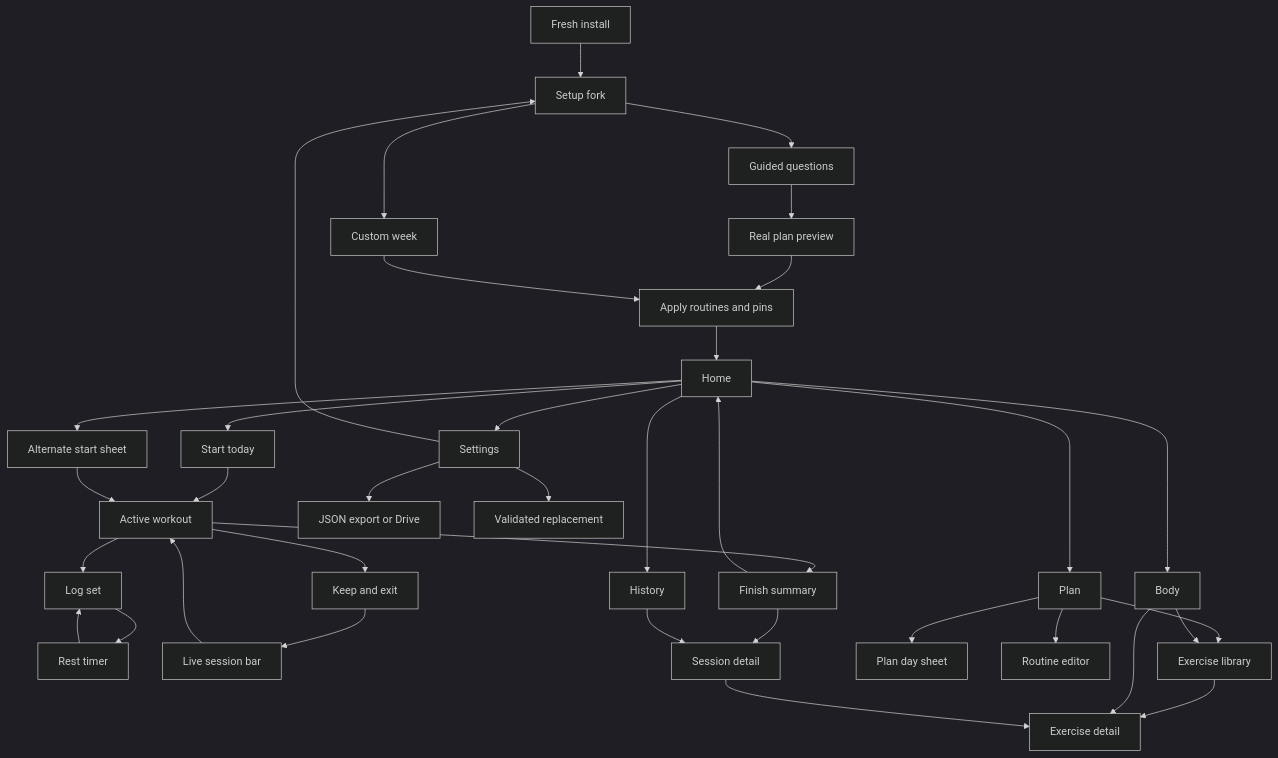
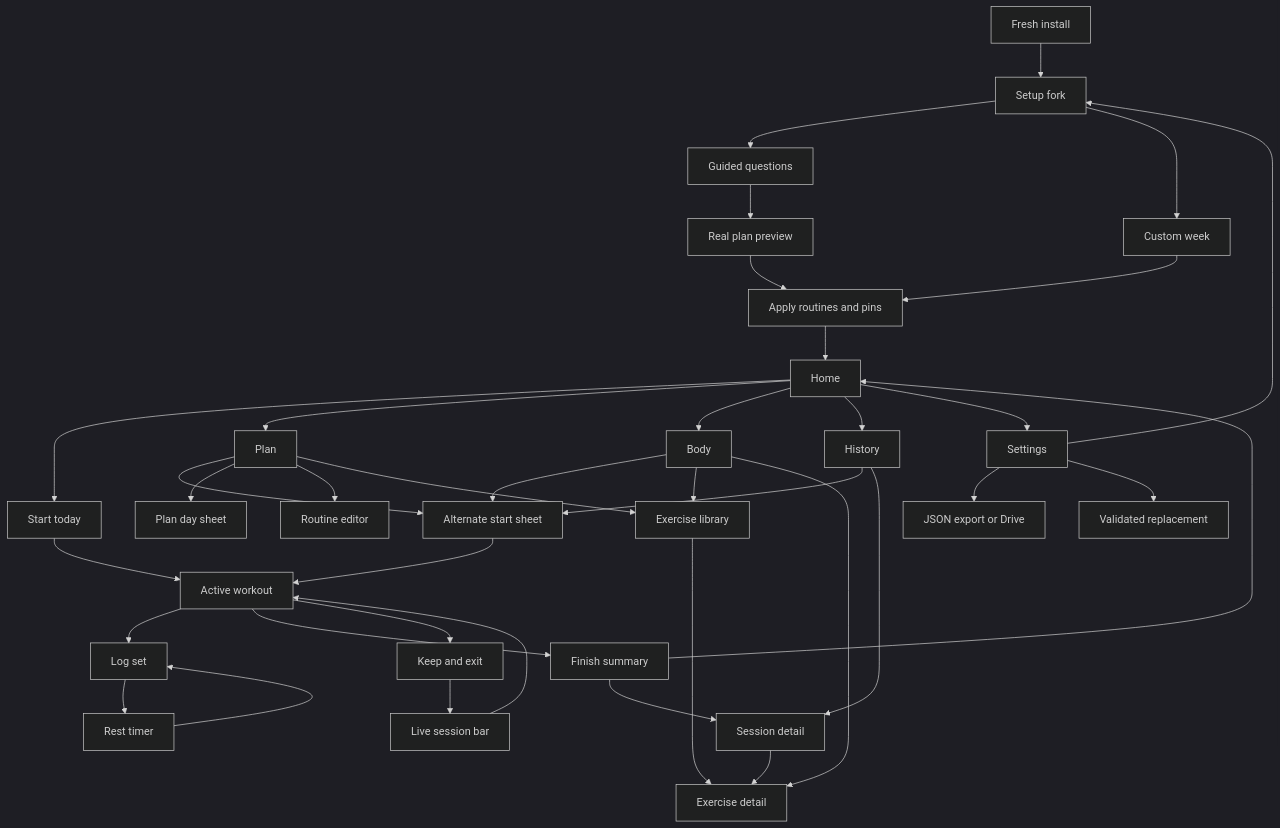
One commit to sinura7/PersonalTrainer changed the diagram in docs/foundation-audit/pages-and-journeys.md. Above: the diagram before and after it, drawn with Mermaid (dark theme). The commit also changed other lines of this file and 26 other files, not shown here.

First line of the commit message:
Start today's plan from the sheet and speak lifts not Planned

````diff
--- a/docs/foundation-audit/pages-and-journeys.md
+++ b/docs/foundation-audit/pages-and-journeys.md
@@ -552,43 +552,45 @@
 ```mermaid
 flowchart TD
     Install[Fresh install] --> Fork[Setup fork]
     Fork --> Guided[Guided questions]
     Fork --> Own[Custom week]
     Guided --> Preview[Real plan preview]
     Preview --> Apply[Apply routines and pins]
     Own --> Apply
     Apply --> Home[Home]
 
     Home --> Start[Start today]
-    Home --> StartSheet[Alternate start sheet]
+    Body --> StartSheet[Alternate start sheet]
+    History --> StartSheet
+    Plan --> StartSheet
     Start --> Active[Active workout]
     StartSheet --> Active
     Active --> Log[Log set]
     Log --> Rest[Rest timer]
     Rest --> Log
     Active --> Summary[Finish summary]
     Active --> Leave[Keep and exit]
     Leave --> LiveBar[Live session bar]
     LiveBar --> Active
     Summary --> Home
     Summary --> Session[Session detail]
 
     Home --> Plan[Plan]
     Plan --> DaySheet[Plan day sheet]
     Plan --> Routine[Routine editor]
     Plan --> Library[Exercise library]
     Library --> Exercise[Exercise detail]
 
     Home --> Body[Body]
     Body --> Library
     Body --> Exercise
 
     Home --> History[History]
     History --> Session
     Session --> Exercise
 
     Home --> Settings[Settings]
     Settings --> Export[JSON export or Drive]
     Settings --> Restore[Validated replacement]
     Settings --> Fork
 ```
````
